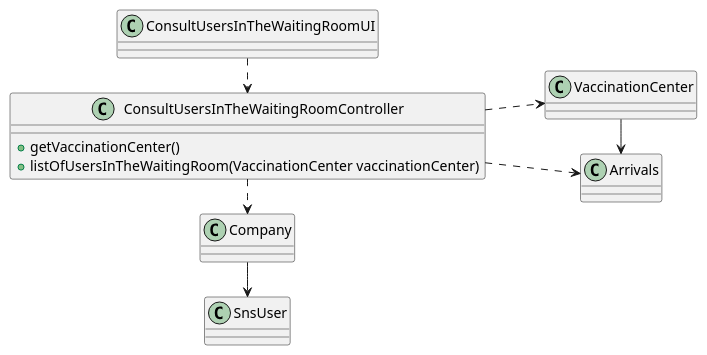
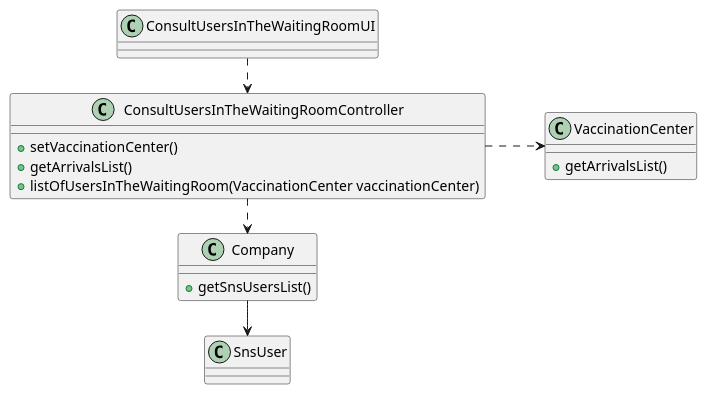
The diagram in docs/SprintC/US005/US005_CD.puml (Pirussa/lei-22-s2-1da-g02), drawn with PlantUML before and after one commit. The commit also changed 10 other files, not shown here.

```diff
--- a/docs/SprintC/US005/US005_CD.puml
+++ b/docs/SprintC/US005/US005_CD.puml
@@ -1,33 +1,35 @@
 @startuml
 'https://plantuml.com/class-diagram
 
 
 
 
 class ConsultUsersInTheWaitingRoomUI
 
 class ConsultUsersInTheWaitingRoomController{
-+getVaccinationCenter()
++setVaccinationCenter()
++getArrivalsList()
 +listOfUsersInTheWaitingRoom(VaccinationCenter vaccinationCenter)
 }
 
-class Arrivals
 
-class VaccinationCenter
+class VaccinationCenter{
++getArrivalsList()
+}
 
-class Company
+class Company{
++getSnsUsersList()
+}
 
 class SnsUser
 
 
 left to right direction
 
 ConsultUsersInTheWaitingRoomUI .> ConsultUsersInTheWaitingRoomController
-ConsultUsersInTheWaitingRoomController ..> Arrivals
 ConsultUsersInTheWaitingRoomController .r.> Company
 Company -> SnsUser
 ConsultUsersInTheWaitingRoomController ..> VaccinationCenter
-VaccinationCenter->Arrivals
 
 
 @enduml
```
